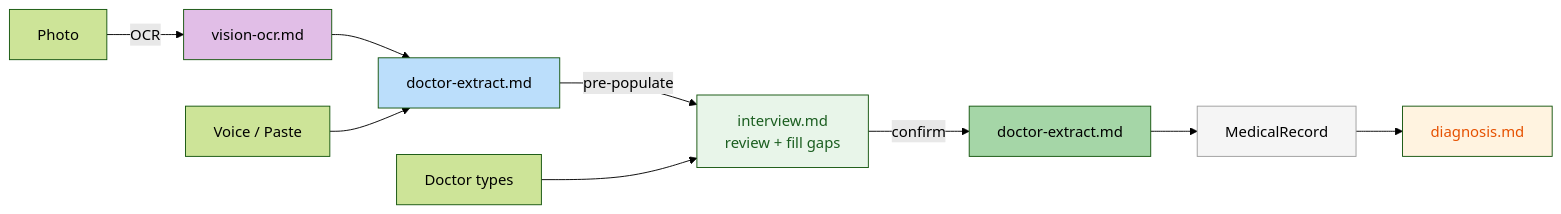
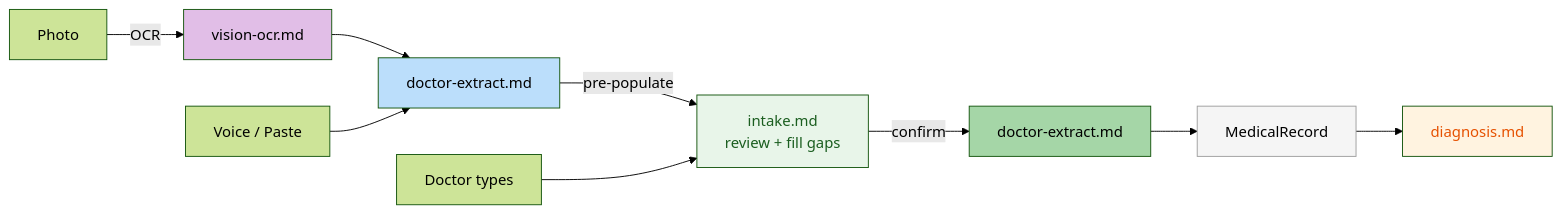
Before and after one commit to moments8890/doctor-ai-agent: the third of 4 diagrams in src/agent/prompts/README.md, drawn with Mermaid (forest theme). The commit also changed other lines of this file and 337 other files, not shown here.

````diff
--- a/src/agent/prompts/README.md
+++ b/src/agent/prompts/README.md
@@ -91,18 +91,18 @@
 ```mermaid
 flowchart LR
   IMG["Photo"] -->|OCR| OCR["vision-ocr.md"]
   OCR --> EXT2["doctor-extract.md"]
   DIC["Voice / Paste"] --> EXT2
   EXT2 -->|pre-populate| INT
-  TXT["Doctor types"] --> INT["interview.md<br/>review + fill gaps"]
+  TXT["Doctor types"] --> INT["intake.md<br/>review + fill gaps"]
   INT -->|confirm| EXT["doctor-extract.md"]
   EXT --> REC["MedicalRecord"]
   REC --> DX["diagnosis.md"]
 
   style OCR fill:#e1bee7
   style EXT2 fill:#bbdefb
   style INT fill:#e8f5e9,color:#1b5e20
   style EXT fill:#a5d6a7
   style DX fill:#fff3e0,color:#e65100
   style REC fill:#f5f5f5,stroke:#9e9e9e
 ```
````
